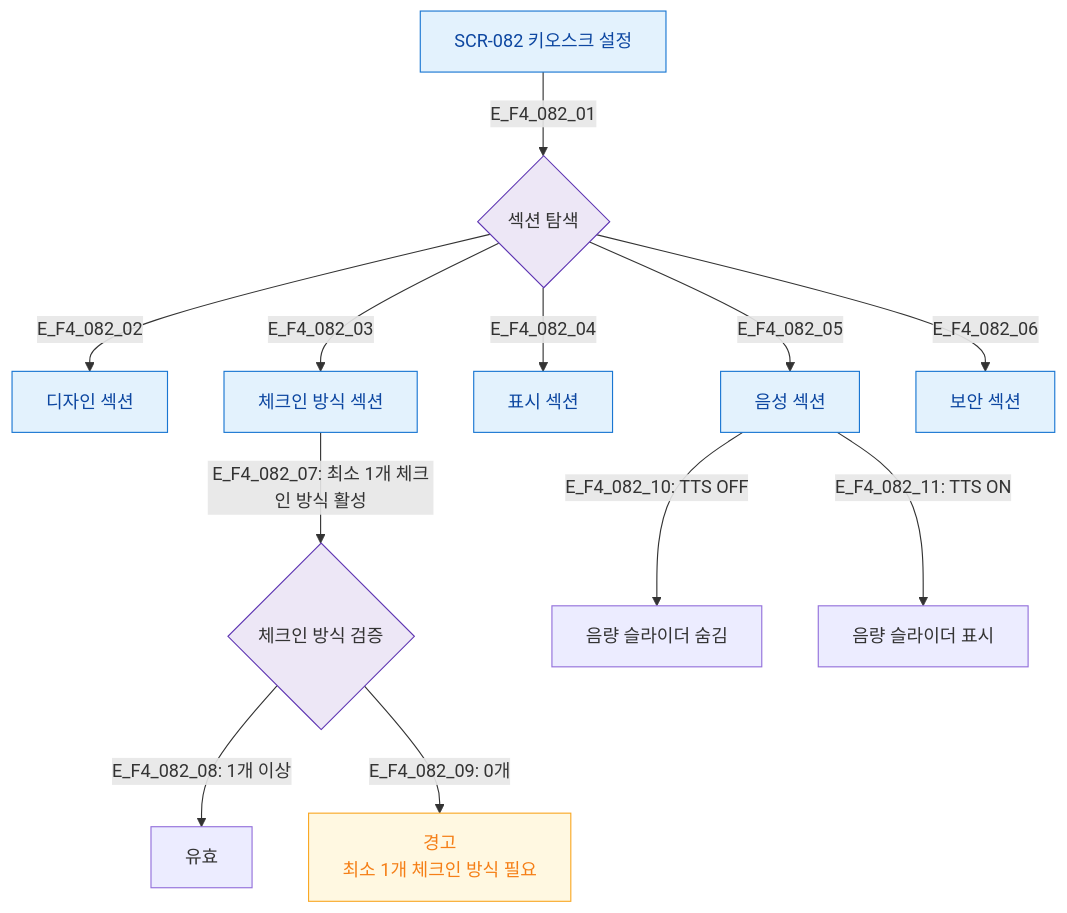
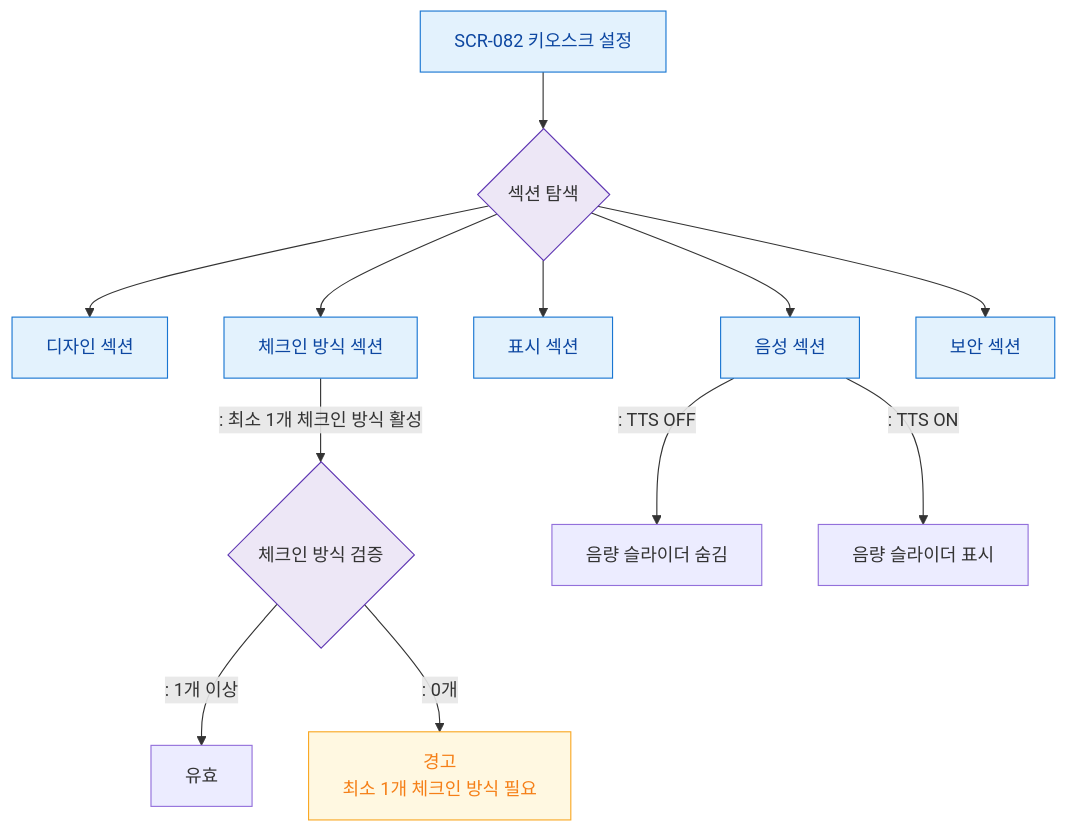
The diagram in docs/다이어그램/D09_설정관리/SCR-082_키오스크설정/F4_필터검색정렬.md (dev-spogym/admin-pando), drawn with Mermaid before and after one commit. The commit also changed other lines of this file and 1660 other files, not shown here.

First line of the commit message:
다이어그램: 기획자/클라이언트 납품본으로 정리

````diff
--- a/docs/다이어그램/D09_설정관리/SCR-082_키오스크설정/F4_필터검색정렬.md
+++ b/docs/다이어그램/D09_설정관리/SCR-082_키오스크설정/F4_필터검색정렬.md
@@ -14,25 +12,25 @@
 ```mermaid
 flowchart TD
     SCR082[SCR-082 키오스크 설정]
 
-    SCR082 -->|E_F4_082_01| SecNav{섹션 탐색}
-    SecNav -->|E_F4_082_02| S_Design[디자인 섹션]
-    SecNav -->|E_F4_082_03| S_Checkin[체크인 방식 섹션]
-    SecNav -->|E_F4_082_04| S_Display[표시 섹션]
-    SecNav -->|E_F4_082_05| S_Audio[음성 섹션]
-    SecNav -->|E_F4_082_06| S_Security[보안 섹션]
+    SCR082 --> SecNav{섹션 탐색}
+    SecNav --> S_Design[디자인 섹션]
+    SecNav --> S_Checkin[체크인 방식 섹션]
+    SecNav --> S_Display[표시 섹션]
+    SecNav --> S_Audio[음성 섹션]
+    SecNav --> S_Security[보안 섹션]
 
-    S_Checkin -->|"E_F4_082_07: 최소 1개 체크인 방식 활성"| CheckinValidate{체크인 방식 검증}
-    CheckinValidate -->|"E_F4_082_08: 1개 이상"| Valid[유효]
-    CheckinValidate -->|"E_F4_082_09: 0개"| Invalid[경고\n최소 1개 체크인 방식 필요]
+    S_Checkin -->|": 최소 1개 체크인 방식 활성"|CheckinValidate{체크인 방식 검증}
+    CheckinValidate -->|": 1개 이상"|Valid[유효]
+    CheckinValidate -->|": 0개"|Invalid[경고\n최소 1개 체크인 방식 필요]
 
-    S_Audio -->|"E_F4_082_10: TTS OFF"| HideVol[음량 슬라이더 숨김]
-    S_Audio -->|"E_F4_082_11: TTS ON"| ShowVol[음량 슬라이더 표시]
+    S_Audio -->|": TTS OFF"|HideVol[음량 슬라이더 숨김]
+    S_Audio -->|": TTS ON"|ShowVol[음량 슬라이더 표시]
 
     classDef screen fill:#E3F2FD,stroke:#1976D2,color:#0D47A1
     classDef warning fill:#FFF8E1,stroke:#F9A825,color:#F57F17
     classDef system fill:#EDE7F6,stroke:#5E35B2
     class SCR082,S_Design,S_Checkin,S_Display,S_Audio,S_Security screen
     class Invalid warning
     class SecNav,CheckinValidate system
 ```
````
